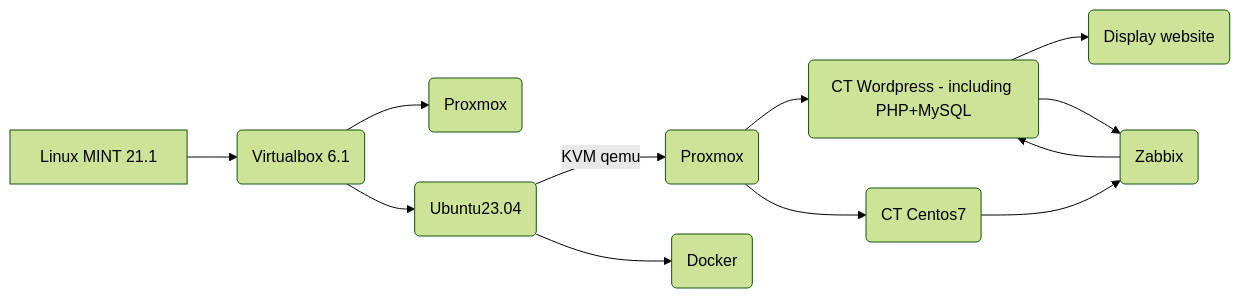
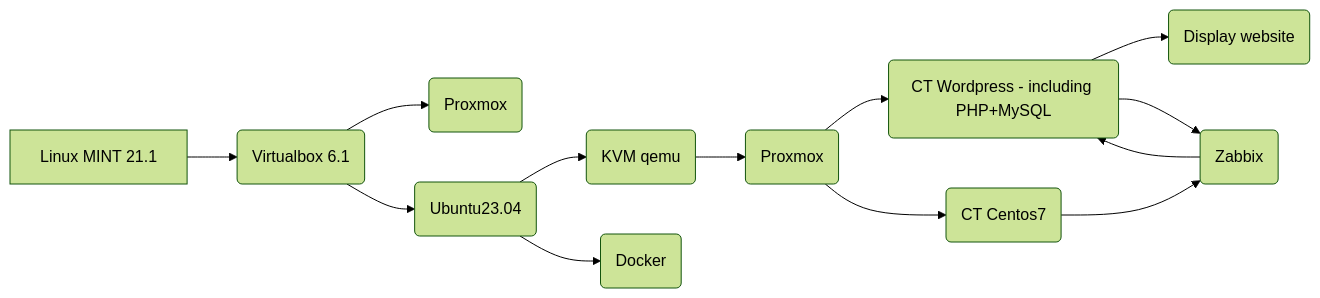
The diagram in Project.md (DanyAAD90/DevOps_junior_Wordpress), drawn with Mermaid (forest theme) before and after one commit.

````diff
--- a/Project.md
+++ b/Project.md
@@ -3,14 +3,15 @@
 ```mermaid
 graph LR
 A[Linux MINT 21.1] --> B(Virtualbox 6.1)
 B --> J(Proxmox)
 B --> C(Ubuntu23.04)
-C -- KVM qemu --> D(Proxmox)
+C --> C1(KVM qemu)
+C1 --> D(Proxmox)
 D --> E(CT Wordpress - including PHP+MySQL)
 E --> G(Display website)
 C --> F(Docker)
 D --> H(CT Centos7)
 H --> I(Zabbix)
 I --> E
 E --> I
 ```
````
